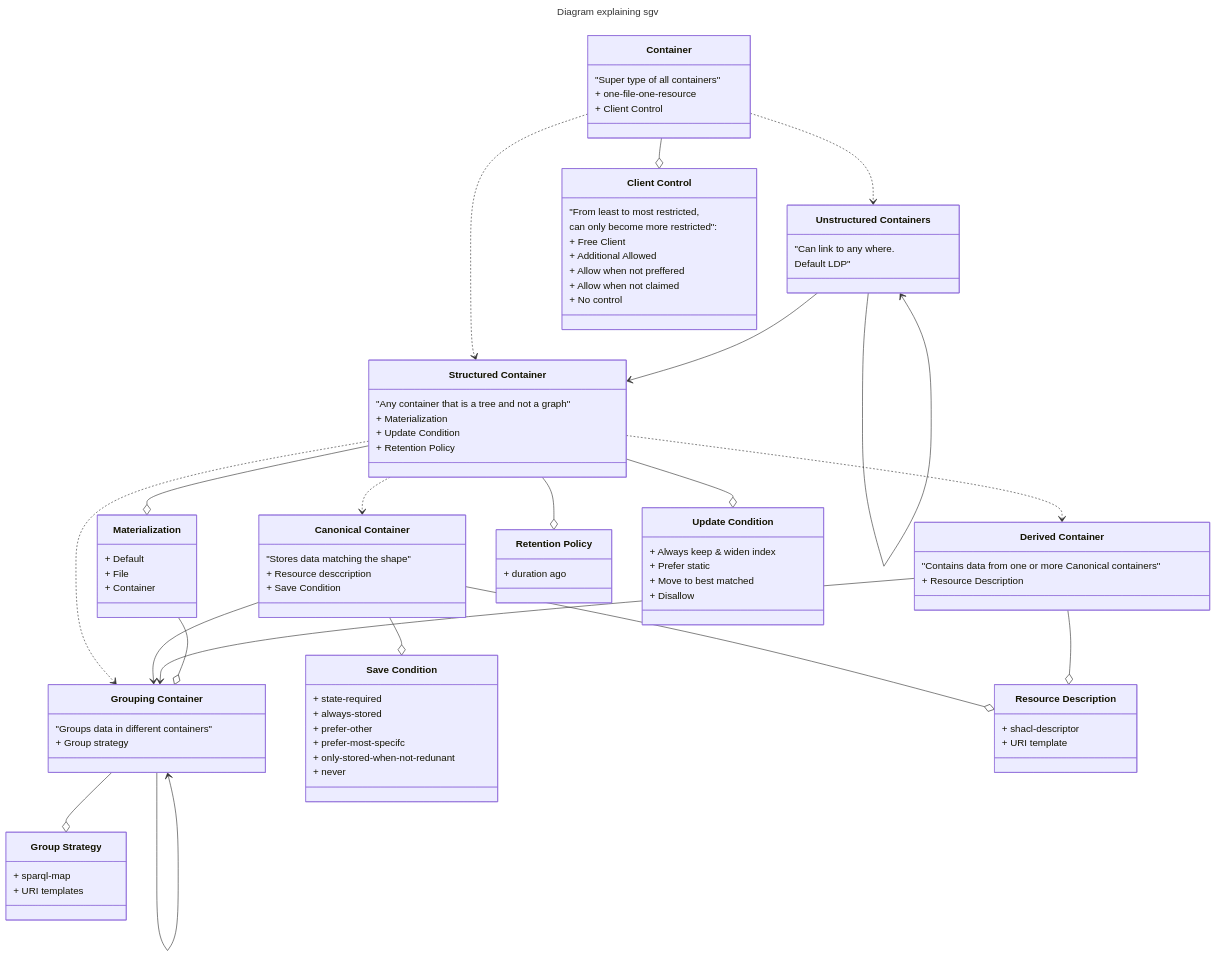
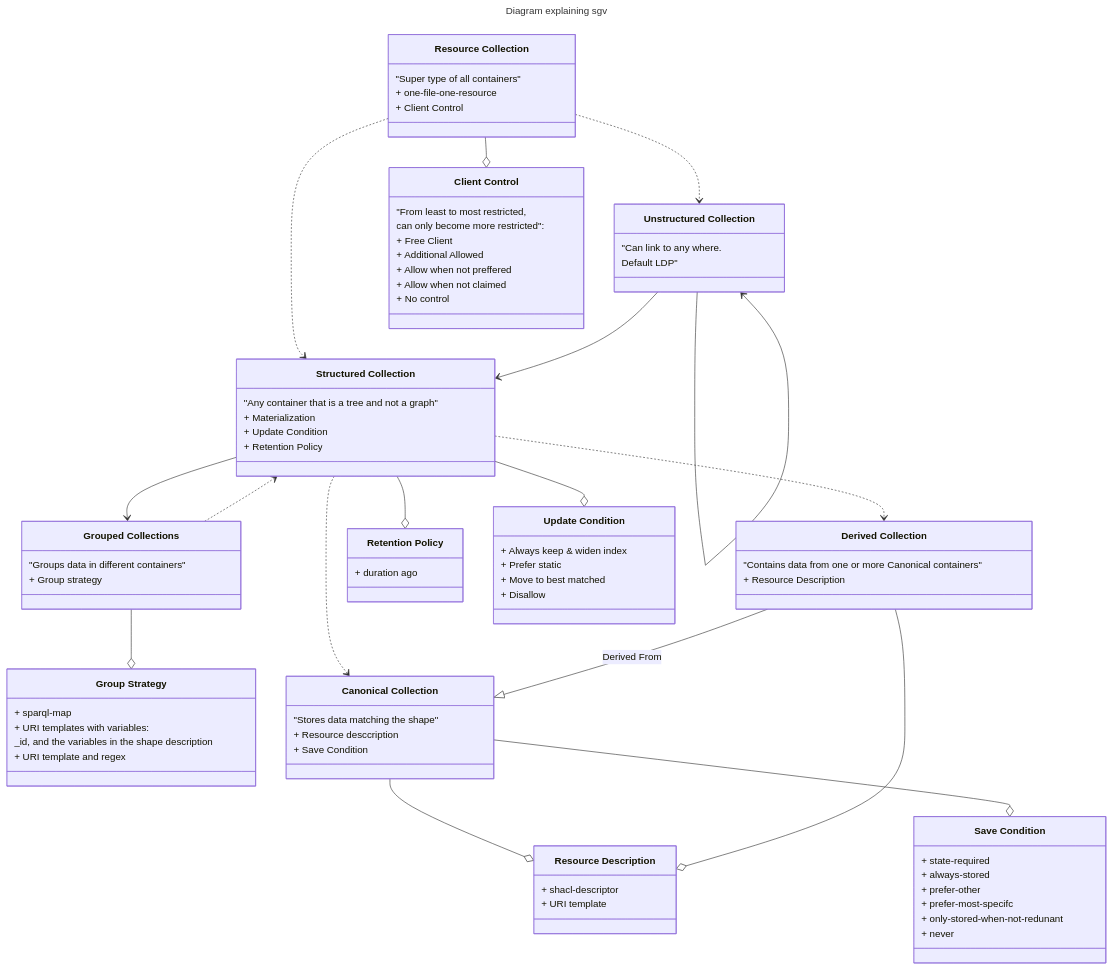
One commit to jitsedesmet/thesis changed the second of 2 diagrams in solution/storage-guidance-vocabulary/index.md. Above: the diagram before and after it, drawn with Mermaid. The commit also changed other lines of this file, not shown here.

Commit message:
diagram of better sgv

```diff
--- a/solution/storage-guidance-vocabulary/index.md
+++ b/solution/storage-guidance-vocabulary/index.md
@@ -62,7 +62,7 @@
   direction TB
   C ..> UC
   C ..> SC
-  class C["Container"] {
+  class C["Resource Collection"] {
     "Super type of all containers"
     + one-file-one-resource
     + Client Control
@@ -70,58 +70,57 @@
 
   UC --> UC
   UC --> SC
-  class UC["Unstructured Containers"] {
+  class UC["Unstructured Collection"] {
     "Can link to any where.
     Default LDP"
   }
 
+  SC --> GC
+  GC ..> SC
+  class GC["Grouped Collections"] {
+    "Groups data in different containers"
+    + Group strategy
+  }
+
+  GC --o GS
+  class GS["Group Strategy"] {
+    + sparql-map
+    + URI templates with variables:
+    _id, and the variables in the shape description
+    + URI template and regex
+  }
+
   SC ..> CC
   SC ..> DC
-  SC ..> GC
-  class SC["Structured Container"] {
+  class SC["Structured Collection"] {
     "Any container that is a tree and not a graph"
     + Materialization
     + Update Condition
     + Retention Policy
   }
  
-  CC --> GC
-  class CC["Canonical Container"] {
+  class CC["Canonical Collection"] {
     "Stores data matching the shape"
     + Resource desccription
     + Save Condition
   }
 
-  DC --> GC
-  class DC["Derived Container"] {
+  DC --|> CC : Derived From
+  class DC["Derived Collection"] {
     "Contains data from one or more Canonical containers"
     + Resource Description
   }
 
-  GC --> GC
-  M --o GC
-  class GC["Grouping Container"] {
-    "Groups data in different containers"
-    + Group strategy
+  CC --o RD
+  DC --o RD
+  class RD["Resource Description"] {
+    + shacl-descriptor
+    + URI template
   }
 
   SC --o RP
   class RP["Retention Policy"] {
     + duration ago 
-  }
-
-
-  GC --o GS
-  class GS["Group Strategy"] {
-    + sparql-map
-    + URI templates
-  }
-
-  SC --o M  
-  class M["Materialization"] {
-    + Default
-    + File
-    + Container
   }
 
   CC --o SaveCond
@@ -132,13 +131,6 @@
     + prefer-most-specifc
     + only-stored-when-not-redunant
     + never
-  }
-
-  CC --o RD
-  DC --o RD
-  class RD["Resource Description"] {
-    + shacl-descriptor
-    + URI template
   }
 
   SC --o UCond
@@ -166,7 +158,6 @@
 link SC "#structured-containers"
 link CC "#canonical-container"
 link DC "#derived-container"
-link GC "#grouping-container"
 
 link RP "#retention-policy"
 link M "#materialization"
```
